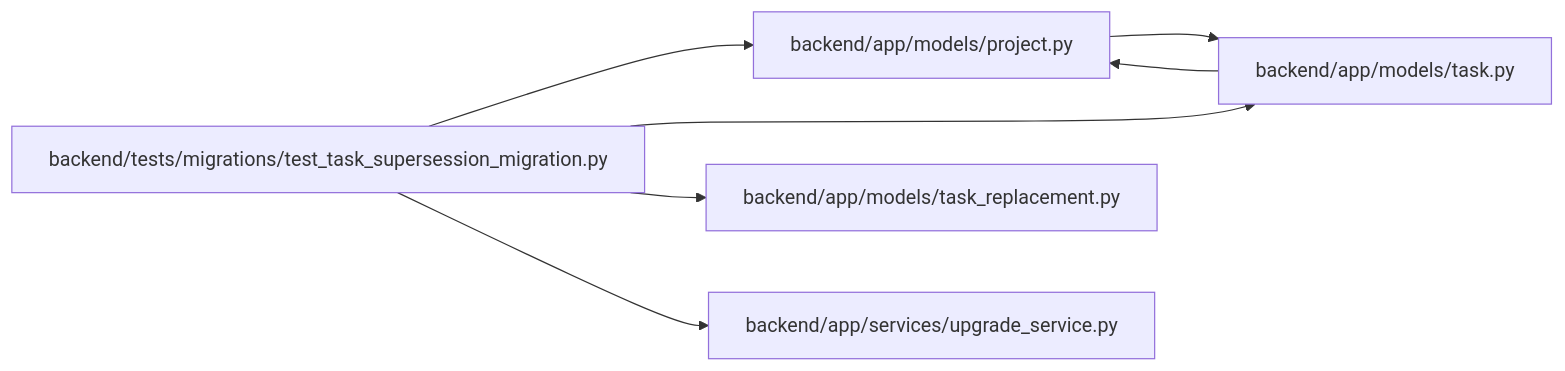
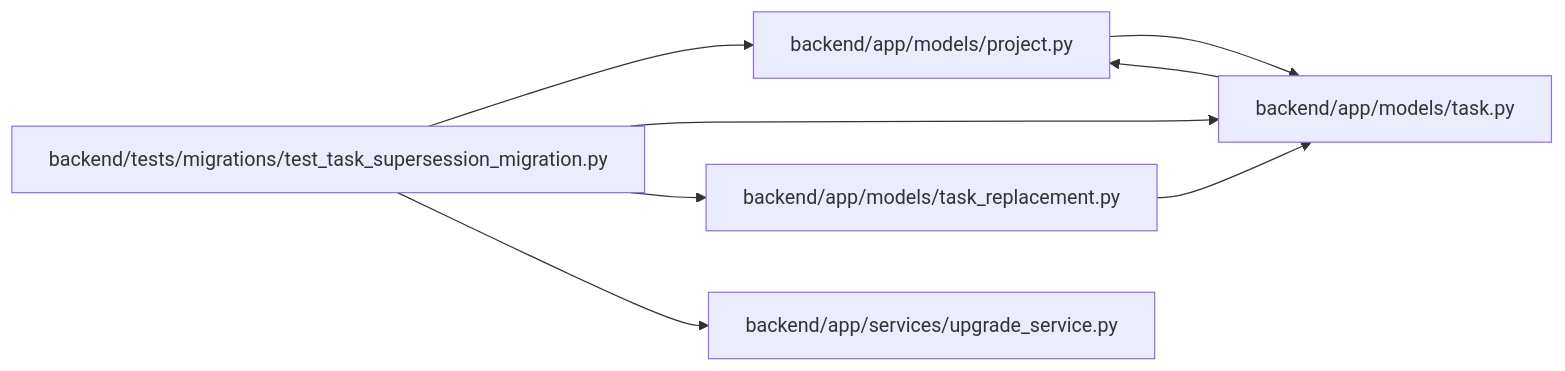
One commit to Denissvgn/WorkChord changed the diagram in docs/llm_wiki/modules/test_task_supersession_migration.md. Above: the diagram before and after it, drawn with Mermaid. The commit also changed 904 other files, not shown here.

Commit message:
Sync the architectural wiki for terminal task states

````diff
--- a/docs/llm_wiki/modules/test_task_supersession_migration.md
+++ b/docs/llm_wiki/modules/test_task_supersession_migration.md
@@ -27,19 +27,20 @@
 ```mermaid
 flowchart LR
     n0["backend/app/models/project.py"]
     n1["backend/app/models/task.py"]
     n2["backend/app/models/task_replacement.py"]
     n3["backend/app/services/upgrade_service.py"]
     n4["backend/tests/migrations/test_task_supersession_migration.py"]
     n0 --> n1
     n1 --> n0
+    n2 --> n1
     n4 --> n0
     n4 --> n1
     n4 --> n2
     n4 --> n3
     click n0 "../modules/models_project.md"
     click n1 "../modules/models_task.md"
     click n2 "../modules/models_task_replacement.md"
     click n3 "../modules/upgrade_service.md"
     click n4 "../modules/test_task_supersession_migration.md"
 ```
````
